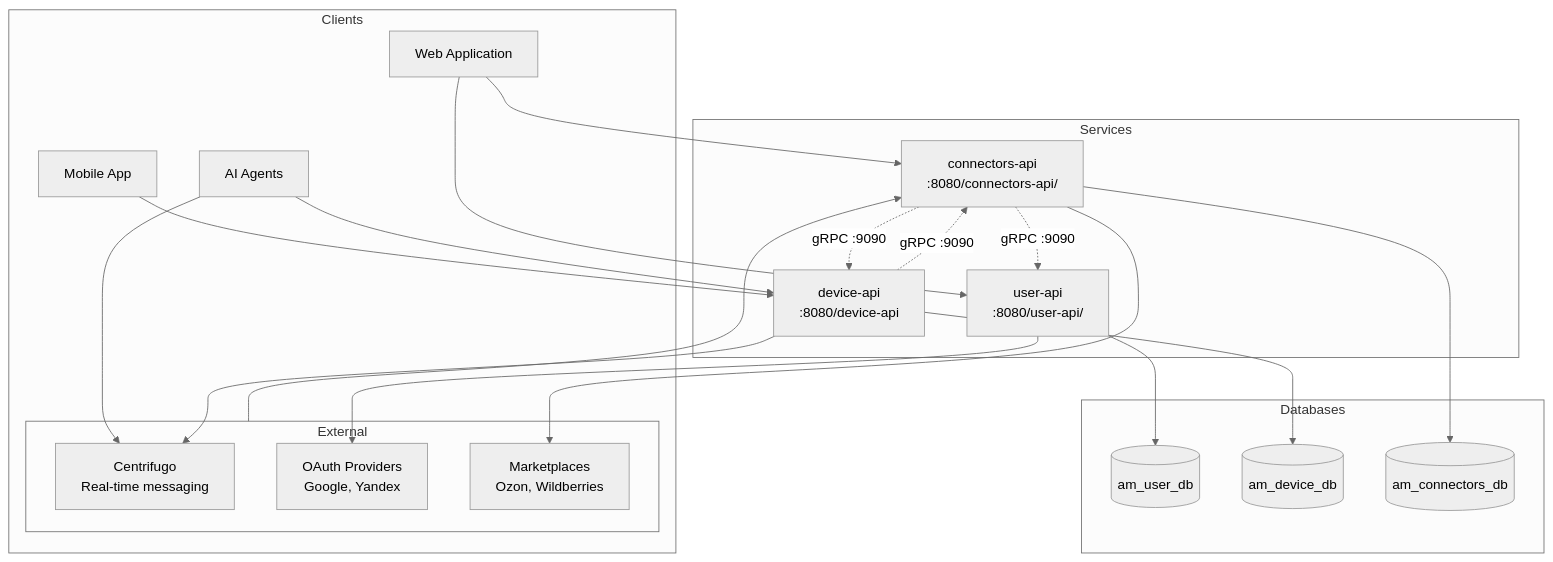
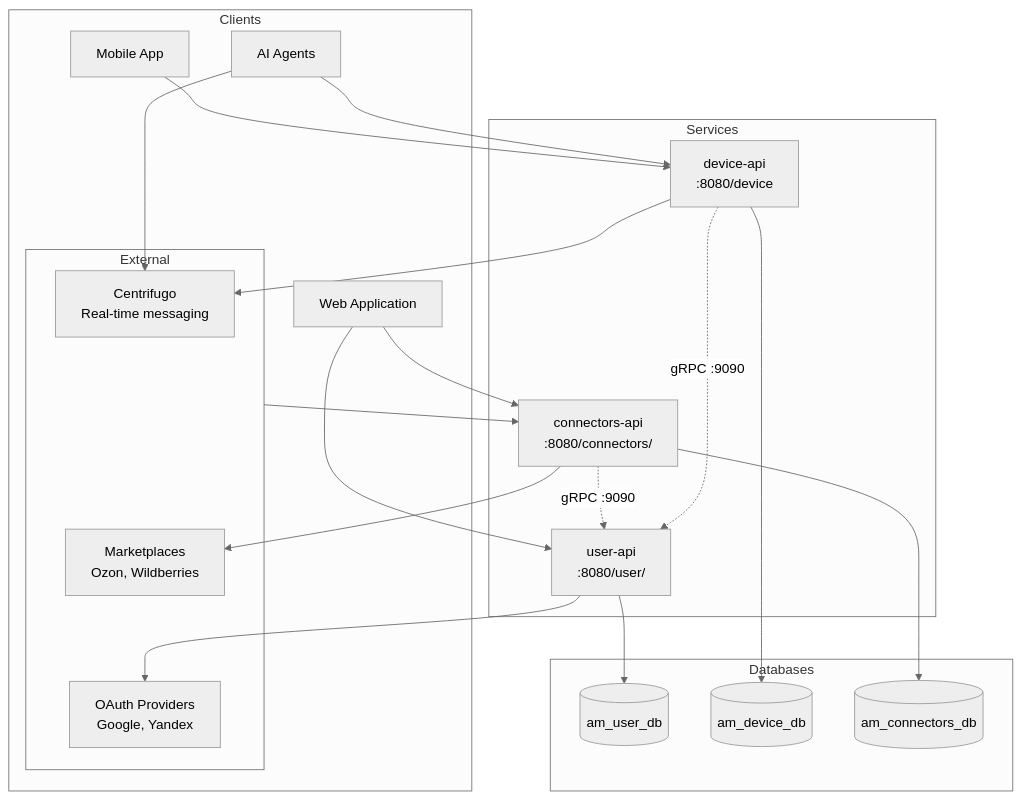
Before and after one commit to AgiMateIo/agimate-backend: the diagram in docs/architecture.md, drawn with Mermaid (neutral theme). The commit also changed other lines of this file and 5 other files, not shown here.

````diff
--- a/docs/architecture.md
+++ b/docs/architecture.md
@@ -5,45 +5,44 @@
 ```mermaid
 graph TB
     subgraph "Clients"
         WebApp[Web Application]
         MobileApp[Mobile App]
         External[External Systems]
         Agents[AI Agents]
     end
 
     subgraph "Services"
-        UserAPI[user-api<br/>:8080/user-api/]
-        DeviceAPI[device-api<br/>:8080/device-api]
-        ConnectorsAPI[connectors-api<br/>:8080/connectors-api/]
+        UserAPI[user-api<br/>:8080/user/]
+        DeviceAPI[device-api<br/>:8080/device]
+        ConnectorsAPI[connectors-api<br/>:8080/connectors/]
     end
 
     subgraph "Databases"
         UserDB[(am_user_db)]
         DeviceDB[(am_device_db)]
         ConnectorsDB[(am_connectors_db)]
     end
 
     subgraph "External"
         Centrifugo[Centrifugo<br/>Real-time messaging]
         OAuth[OAuth Providers<br/>Google, Yandex]
         Marketplaces[Marketplaces<br/>Ozon, Wildberries]
     end
 
     WebApp --> UserAPI
     WebApp --> ConnectorsAPI
     MobileApp --> DeviceAPI
     Agents --> DeviceAPI
     Agents --> Centrifugo
     External --> ConnectorsAPI
 
     UserAPI --> UserDB
     DeviceAPI --> DeviceDB
     ConnectorsAPI --> ConnectorsDB
 
     UserAPI --> OAuth
     DeviceAPI --> Centrifugo
     ConnectorsAPI --> Marketplaces
-    DeviceAPI -.->|gRPC :9090| ConnectorsAPI
-    ConnectorsAPI -.->|gRPC :9090| DeviceAPI
     ConnectorsAPI -.->|gRPC :9090| UserAPI
+    DeviceAPI -.->|gRPC :9090| UserAPI
 ```
````
